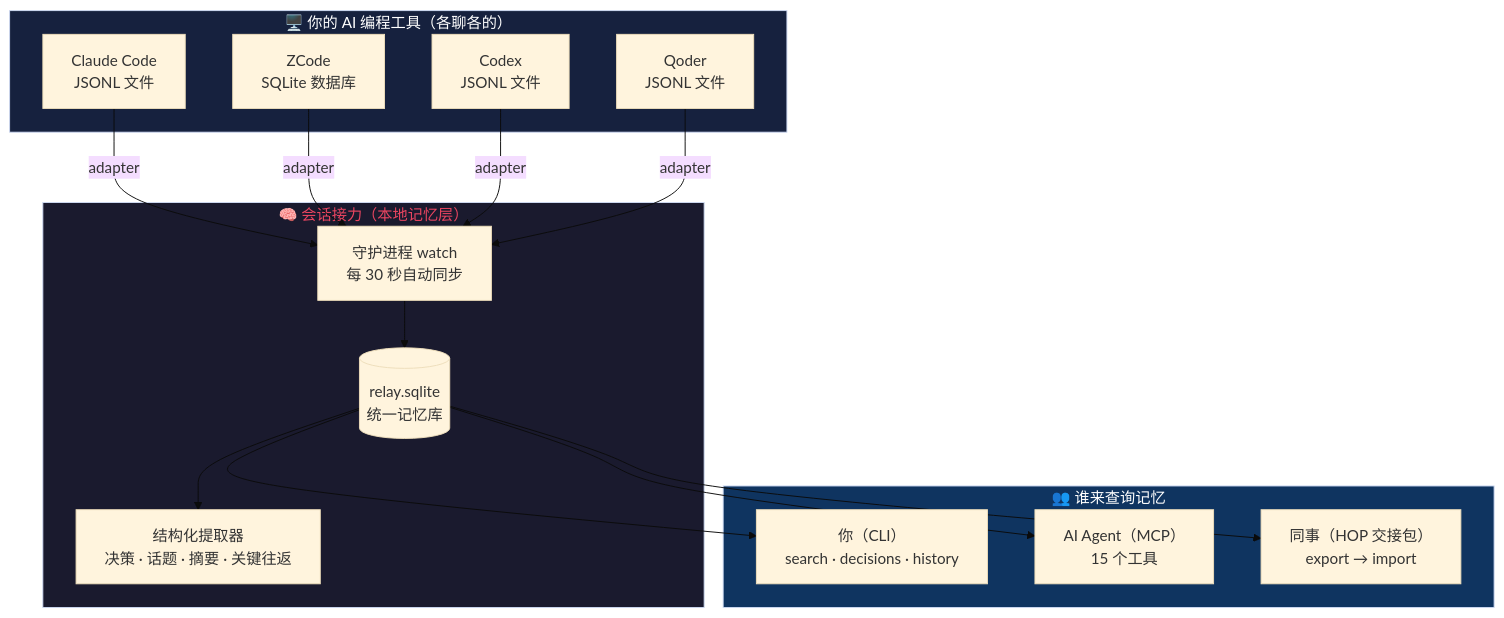
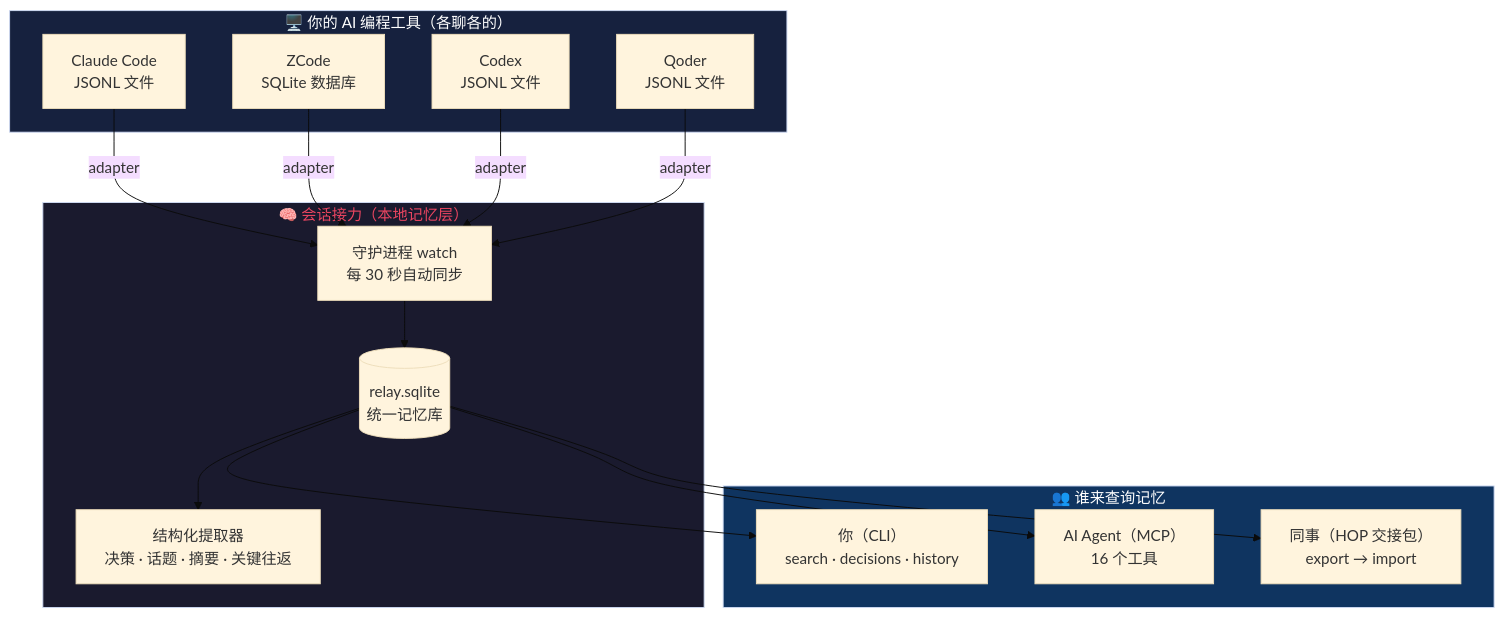
One commit to EwanJasper/SessionRelay changed the first of 7 diagrams in docs/user-guide.md. Above: the diagram before and after it, drawn with Mermaid (base theme). The commit also changed other lines of this file and 16 other files, not shown here.

````diff
--- a/docs/user-guide.md
+++ b/docs/user-guide.md
@@ -10,35 +10,35 @@
 ```mermaid
 graph TB
     subgraph Sources["🖥️ 你的 AI 编程工具（各聊各的）"]
         CC["Claude Code<br/>JSONL 文件"]
         ZC["ZCode<br/>SQLite 数据库"]
         CX["Codex<br/>JSONL 文件"]
         QD["Qoder<br/>JSONL 文件"]
     end
 
     subgraph Relay["🧠 会话接力（本地记忆层）"]
         DAEMON["守护进程 watch<br/>每 30 秒自动同步"]
         DB[("relay.sqlite<br/>统一记忆库")]
         EXTRACT["结构化提取器<br/>决策 · 话题 · 摘要 · 关键往返"]
     end
 
     subgraph Consumers["👥 谁来查询记忆"]
         YOU["你（CLI）<br/>search · decisions · history"]
-        AGENT["AI Agent（MCP）<br/>15 个工具"]
+        AGENT["AI Agent（MCP）<br/>16 个工具"]
         TEAM["同事（HOP 交接包）<br/>export → import"]
     end
 
     CC -->|adapter| DAEMON
     ZC -->|adapter| DAEMON
     CX -->|adapter| DAEMON
     QD -->|adapter| DAEMON
     DAEMON --> DB
     DB --> EXTRACT
     DB --> YOU
     DB --> AGENT
     DB --> TEAM
 
     style Relay fill:#1a1a2e,color:#e94560
     style Sources fill:#16213e,color:#fff
     style Consumers fill:#0f3460,color:#fff
 ```
````
